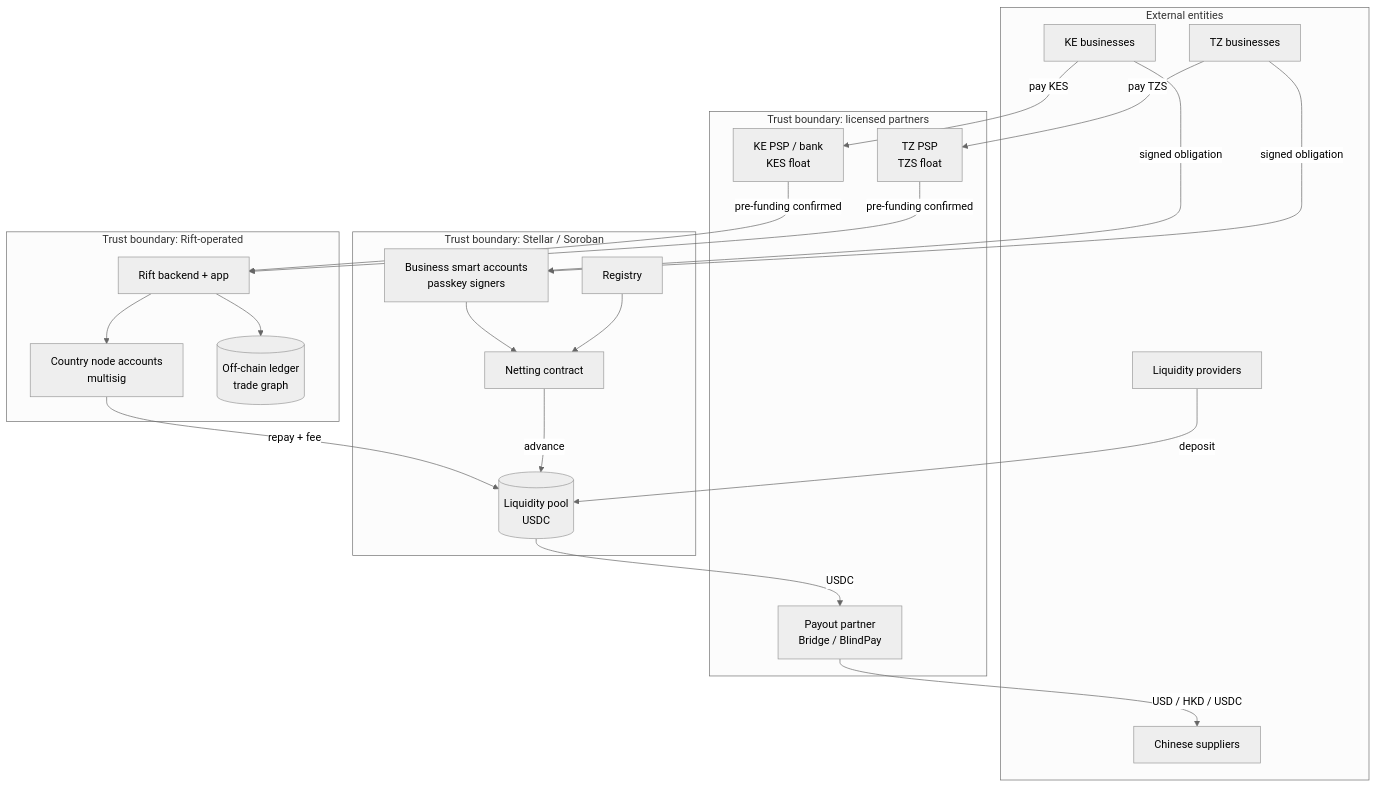
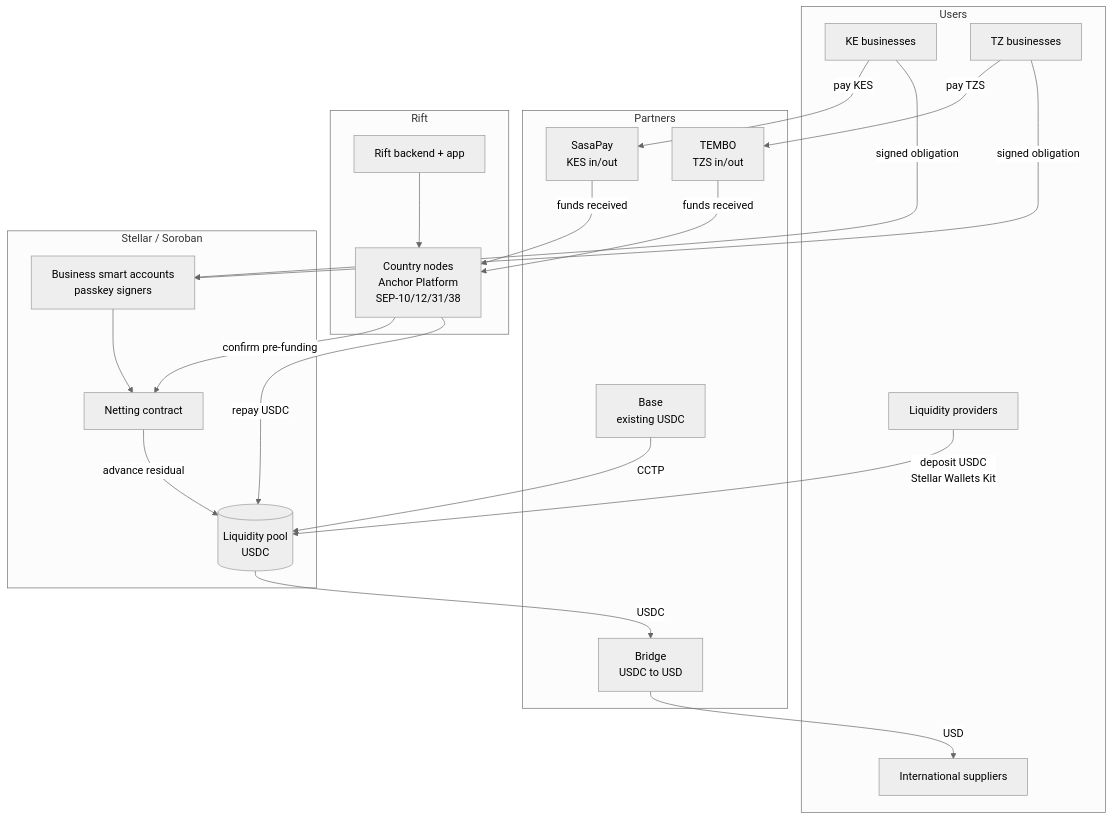
The first of 6 diagrams in Architecture.md (Rift-FI/Documents), drawn with Mermaid (neutral theme) before and after one commit. The commit also changed other lines of this file, not shown here.

````diff
--- a/Architecture.md
+++ b/Architecture.md
@@ -17,42 +15,39 @@
 ```mermaid
 flowchart TB
-  subgraph EXT["External entities"]
+  subgraph EXT["Users"]
     KEB[KE businesses]
     TZB[TZ businesses]
-    CNS[Chinese suppliers]
+    INTL[International suppliers]
     LP[Liquidity providers]
   end
 
-  subgraph PARTNERS["Trust boundary: licensed partners"]
-    KEPSP["KE PSP / bank<br>KES float"]
-    TZPSP["TZ PSP<br>TZS float"]
-    PAY["Payout partner<br>Bridge / BlindPay"]
+  subgraph PARTNERS["Partners"]
+    KEP["SasaPay<br>KES in/out"]
+    TZP["TEMBO<br>TZS in/out"]
+    BRIDGE["Bridge<br>USDC to USD"]
+    BASE["Base<br>existing USDC"]
   end
 
-  subgraph RIFT["Trust boundary: Rift-operated"]
+  subgraph RIFT["Rift"]
     API[Rift backend + app]
-    NODES["Country node accounts<br>multisig"]
-    LEDGER[("Off-chain ledger<br>trade graph")]
+    NODES["Country nodes<br>Anchor Platform<br>SEP-10/12/31/38"]
   end
 
-  subgraph STELLAR["Trust boundary: Stellar / Soroban"]
+  subgraph STELLAR["Stellar / Soroban"]
     SA["Business smart accounts<br>passkey signers"]
-    REG[Registry]
     NET[Netting contract]
     POOL[("Liquidity pool<br>USDC")]
   end
 
-  KEB -- pay KES --> KEPSP
-  TZB -- pay TZS --> TZPSP
-  KEB & TZB -- signed obligation --> SA
-  SA --> NET
-  REG --> NET
-  KEPSP & TZPSP -- pre-funding confirmed --> API
+  KEB -- pay KES --> KEP
+  TZB -- pay TZS --> TZP
+  KEP & TZP -- funds received --> NODES
+  NODES -- confirm pre-funding --> NET
   API --> NODES
-  API --> LEDGER
-  NODES -- repay + fee --> POOL
-  NET -- advance --> POOL
-  LP -- deposit --> POOL
-  POOL -- USDC --> PAY
-  PAY -- USD / HKD / USDC --> CNS
+  KEB & TZB -- signed obligation --> SA --> NET
+  NET -- advance residual --> POOL
+  LP -- deposit USDC<br>Stellar Wallets Kit --> POOL
+  BASE -- CCTP --> POOL
+  POOL -- USDC --> BRIDGE -- USD --> INTL
+  NODES -- repay USDC --> POOL
 ```
````
